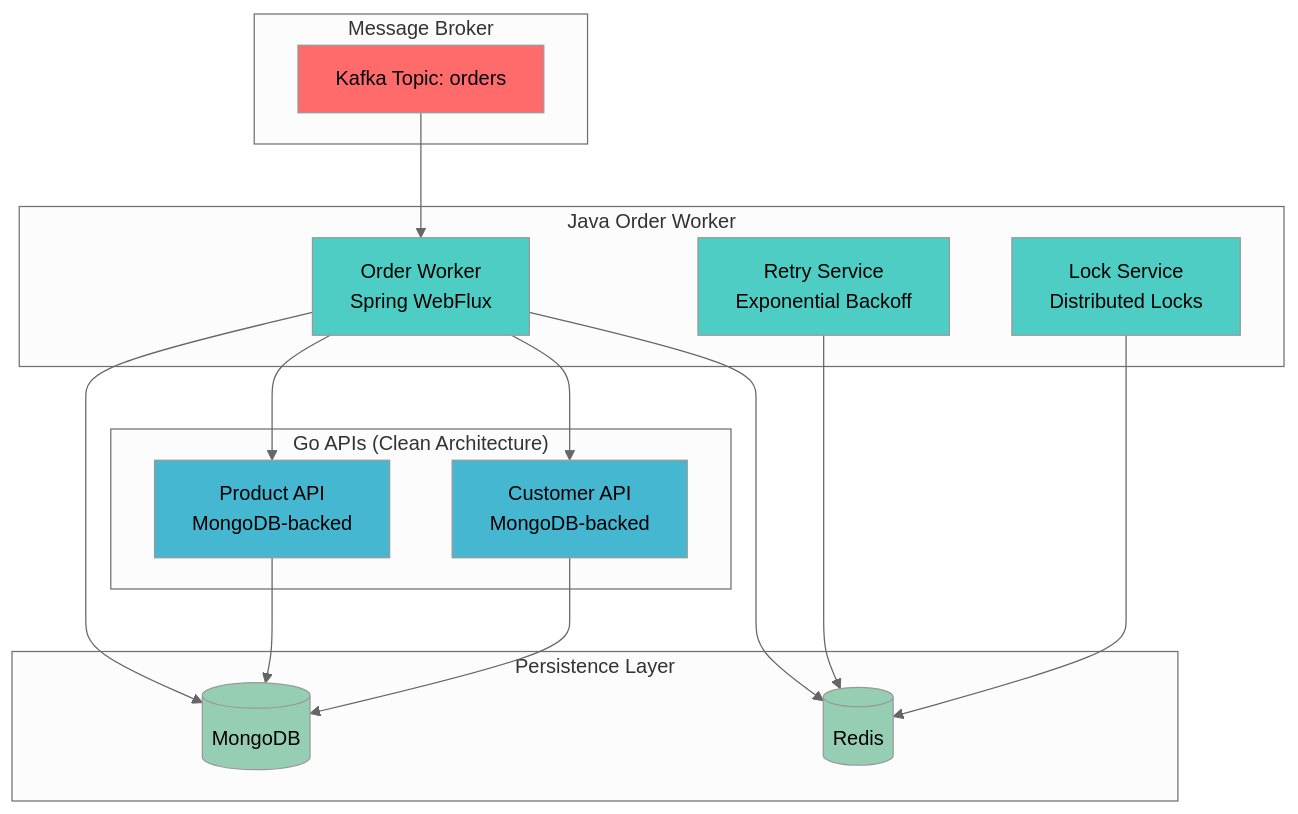
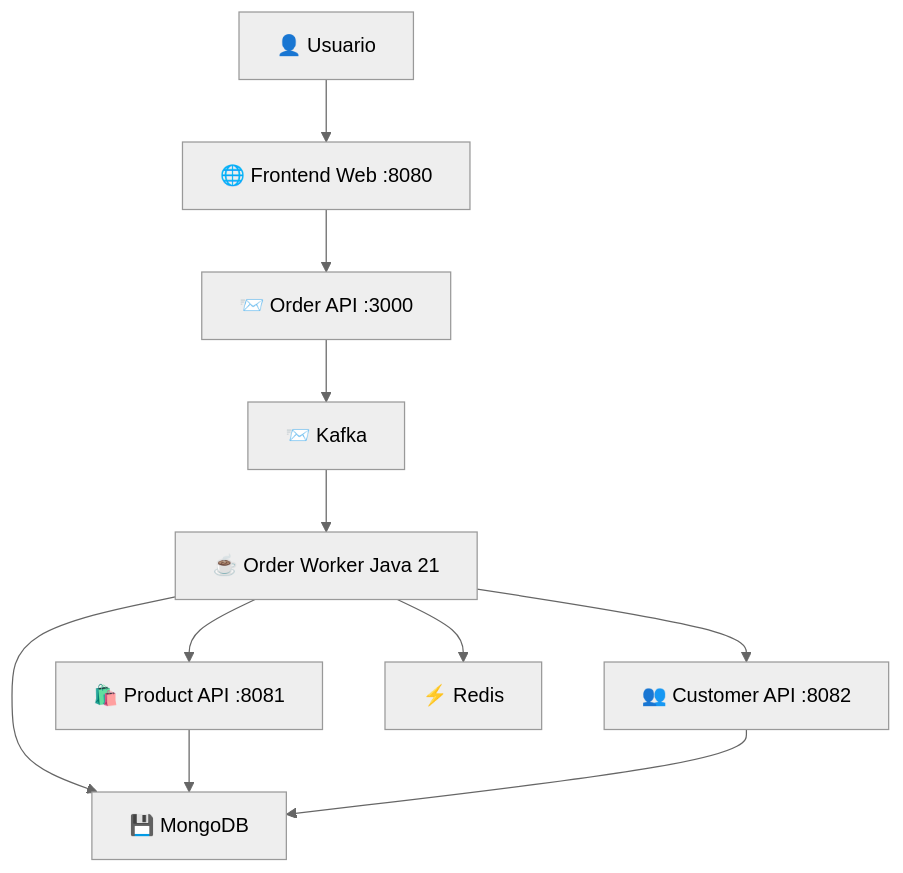
One commit to Munozca230/order-processing-system changed the diagram in README.md. Above: the diagram before and after it, drawn with Mermaid (neutral theme). The commit also changed other lines of this file and 18 other files, not shown here.

````diff
--- a/README.md
+++ b/README.md
@@ -34,42 +70,13 @@
 ```mermaid
 graph TB
-    subgraph "Message Broker"
-        K[Kafka Topic: orders]
-    end
-    
-    subgraph "Java Order Worker"
-        W[Order Worker<br/>Spring WebFlux]
-        R[Retry Service<br/>Exponential Backoff]
-        L[Lock Service<br/>Distributed Locks]
-    end
-    
-    subgraph "Go APIs (Clean Architecture)"
-        P[Product API<br/>MongoDB-backed]
-        C[Customer API<br/>MongoDB-backed]
-    end
-    
-    subgraph "Persistence Layer"
-        M[(MongoDB)]
-        RD[(Redis)]
-    end
-    
-    K --> W
-    W --> P
-    W --> C
-    W --> M
-    W --> RD
-    R --> RD
-    L --> RD
+    U[👤 Usuario] --> F[🌐 Frontend Web :8080]
+    F --> API[📨 Order API :3000]
+    API --> K[📨 Kafka]
+    K --> W[☕ Order Worker Java 21]
+    W --> P[🛍️ Product API :8081]
+    W --> C[👥 Customer API :8082]
+    W --> M[💾 MongoDB]
+    W --> R[⚡ Redis]
     P --> M
     C --> M
-    
-    classDef kafka fill:#ff6b6b
-    classDef java fill:#4ecdc4
-    classDef go fill:#45b7d1
-    classDef db fill:#96ceb4
-    
-    class K kafka
-    class W,R,L java
-    class P,C go
-    class M,RD db
 ```
````
